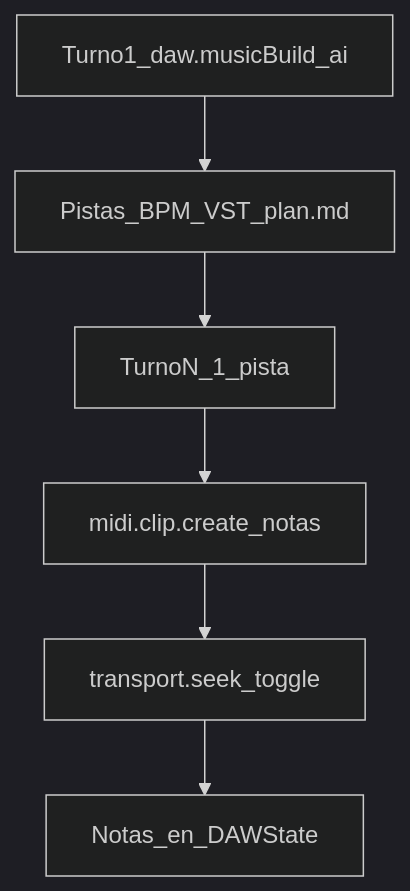
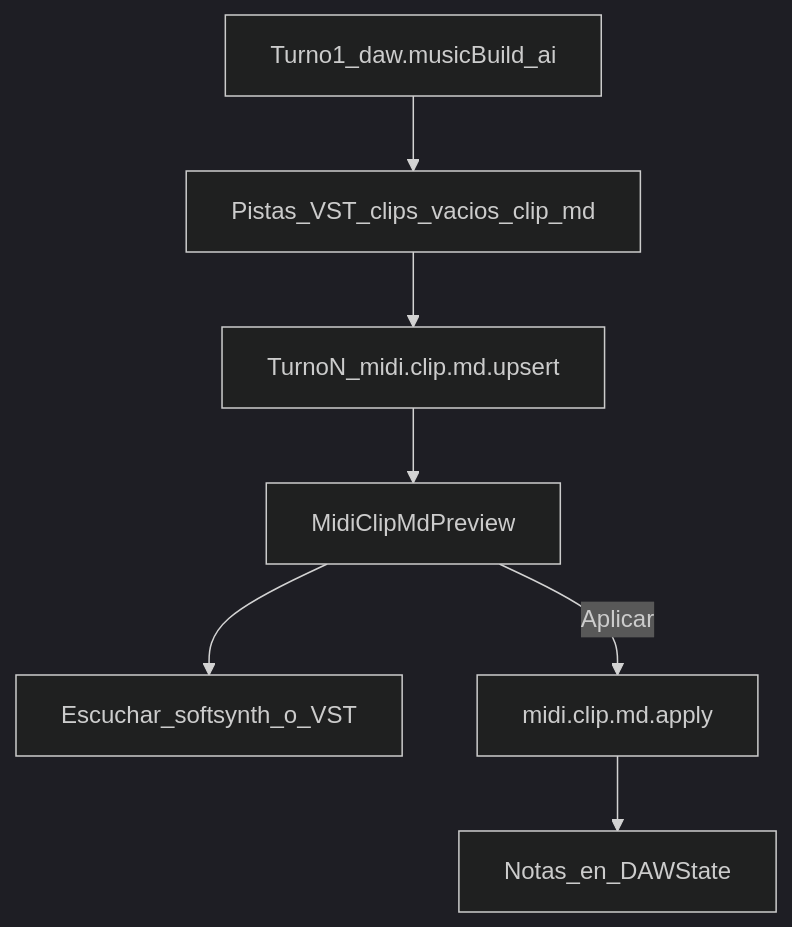
One commit to JASBOOTSTUDIOS/jaswaveaudio changed the first of 2 diagrams in docs/ia-comunicacion-daw/05-notas-ia-vs-codigo.md. Above: the diagram before and after it, drawn with Mermaid (dark theme). The commit also changed other lines of this file and 19 other files, not shown here.

First line of the commit message:
feat(ai): clip MIDI como .md, Music Build preview y audicion por Plugin Host

````diff
--- a/docs/ia-comunicacion-daw/05-notas-ia-vs-codigo.md
+++ b/docs/ia-comunicacion-daw/05-notas-ia-vs-codigo.md
@@ -20,11 +21,13 @@
 ```mermaid
 flowchart TD
   LLM1[Turno1_daw.musicBuild_ai]
-  Struct[Pistas_BPM_VST_plan.md]
-  LLM2[TurnoN_1_pista]
-  Clip[midi.clip.create_notas]
-  Aud[transport.seek_toggle]
+  Struct[Pistas_VST_clips_vacios_clip_md]
+  LLM2[TurnoN_midi.clip.md.upsert]
+  Card[MidiClipMdPreview]
+  Aud[Escuchar_softsynth_o_VST]
+  Apply[midi.clip.md.apply]
   State[Notas_en_DAWState]
 
-  LLM1 --> Struct --> LLM2 --> Clip --> Aud --> State
+  LLM1 --> Struct --> LLM2 --> Card --> Aud
+  Card -->|Aplicar| Apply --> State
 ```
````
